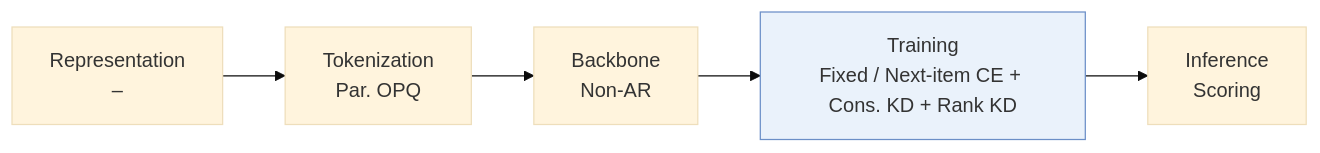
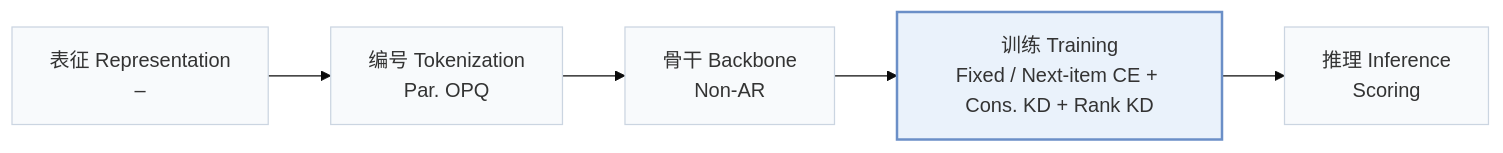
The first of 2 diagrams in pages/zh/papers/onechord.md (Galaxy-ghost/Awesome-SID-Generative-Rec), drawn with Mermaid (base theme) before and after one commit. The commit also changed other lines of this file and 649 other files, not shown here.

Commit message:
writer-05: also tags and modality index (schema, check, build, visuals); summary field removed; calibration data for 12 papers

````diff
--- a/pages/zh/papers/onechord.md
+++ b/pages/zh/papers/onechord.md
@@ -13,6 +15,8 @@
 ```mermaid
 flowchart LR
-    R["Representation<br/>–"] --> T["Tokenization<br/>Par. OPQ"] --> B["Backbone<br/>Non-AR"] --> TR["Training<br/>Fixed / Next-item CE + Cons. KD + Rank KD"] --> I["Inference<br/>Scoring"]
-    classDef main fill:#eaf2fb,stroke:#6b8fc7
+    R["表征 Representation<br/>–"] --> T["编号 Tokenization<br/>Par. OPQ"] --> B["骨干 Backbone<br/>Non-AR"] --> TR["训练 Training<br/>Fixed / Next-item CE + Cons. KD + Rank KD"] --> I["推理 Inference<br/>Scoring"]
+    classDef base fill:#f8fafc,stroke:#cbd5e1
+    class R,T,B,TR,I base
+    classDef main fill:#eaf2fb,stroke:#6b8fc7,stroke-width:2px
     class TR main
 ```
````
